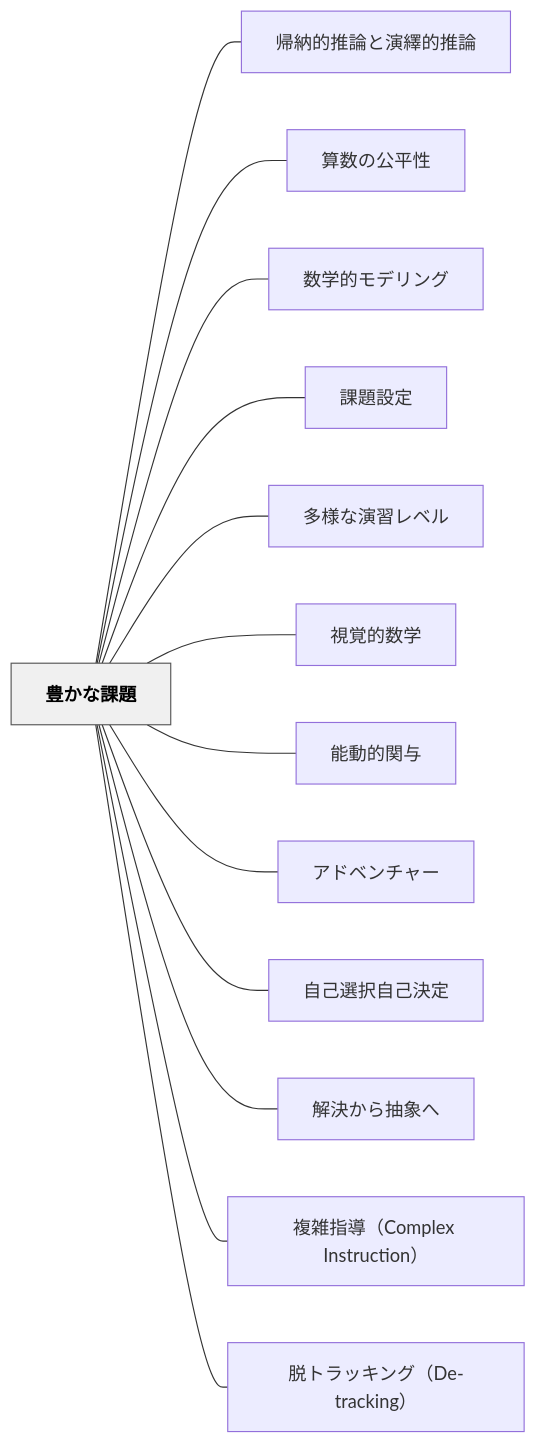
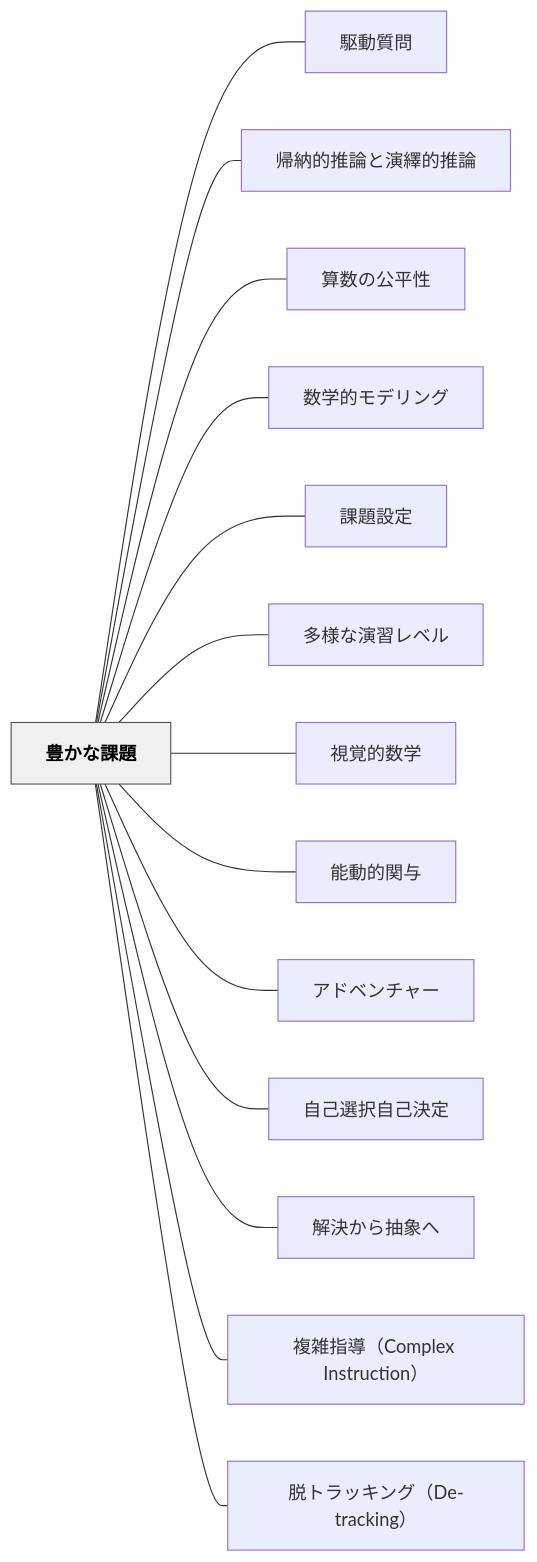
The diagram in content/パタン/豊かな課題.md (unknownthings-ed-patterns/unknownthings-ed-patterns), drawn with Mermaid before and after one commit. The commit also changed other lines of this file and 47 other files, not shown here.

````diff
--- a/content/パタン/豊かな課題.md
+++ b/content/パタン/豊かな課題.md
@@ -112,32 +113,34 @@
 ```mermaid
 flowchart LR
     ne8b18ae3818b["豊かな課題"]
+    ne9a786e58b95["駆動質問"]
     ne5b8b0e7b48d["帰納的推論と演繹的推論"]
     ne7ae97e695b0["算数の公平性"]
     ne695b0e5ada6["数学的モデリング"]
     ne8aab2e9a18c["課題設定"]
     ne5a49ae6a798["多様な演習レベル"]
     ne8a696e8a69a["視覚的数学"]
     ne883bde58b95["能動的関与"]
     ne382a2e38389["アドベンチャー"]
     ne887aae5b7b1["自己選択自己決定"]
     ne8a7a3e6b1ba["解決から抽象へ"]
     ne8a487e99b91["複雑指導（Complex Instruction）"]
     ne884b1e38388["脱トラッキング（De-tracking）"]
 
+    ne8b18ae3818b --- ne9a786e58b95
     ne8b18ae3818b --- ne5b8b0e7b48d
     ne8b18ae3818b --- ne7ae97e695b0
     ne8b18ae3818b --- ne695b0e5ada6
     ne8b18ae3818b --- ne8aab2e9a18c
     ne8b18ae3818b --- ne5a49ae6a798
     ne8b18ae3818b --- ne8a696e8a69a
     ne8b18ae3818b --- ne883bde58b95
     ne8b18ae3818b --- ne382a2e38389
     ne8b18ae3818b --- ne887aae5b7b1
     ne8b18ae3818b --- ne8a7a3e6b1ba
     ne8b18ae3818b --- ne8a487e99b91
     ne8b18ae3818b --- ne884b1e38388
 
     classDef hub fill:#f0f0f0,stroke:#555,color:#000,font-weight:bold
     class ne8b18ae3818b hub
 ```
````
